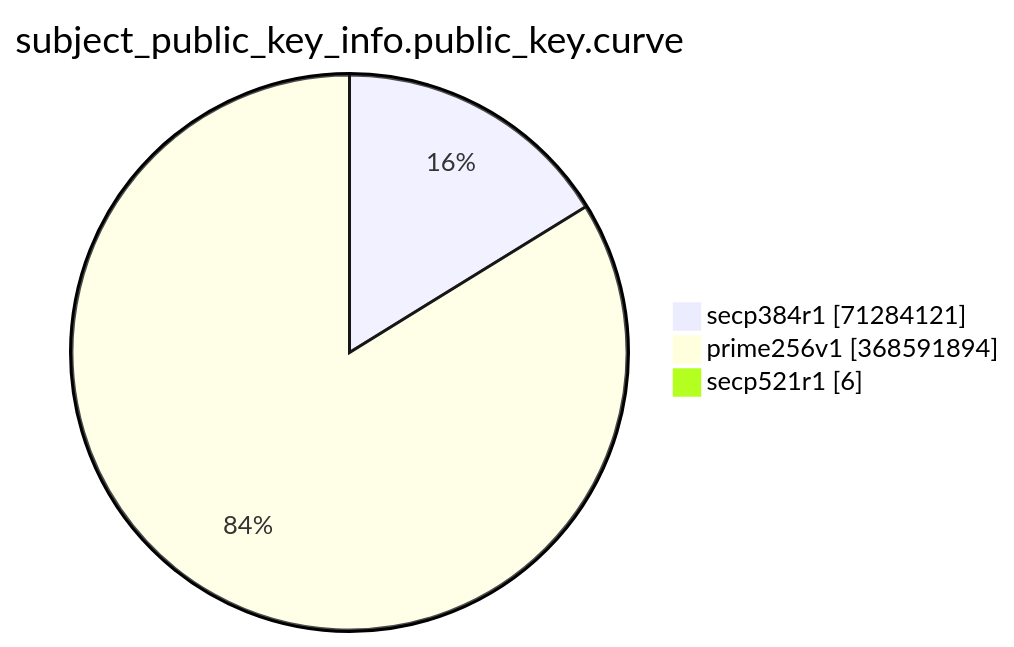
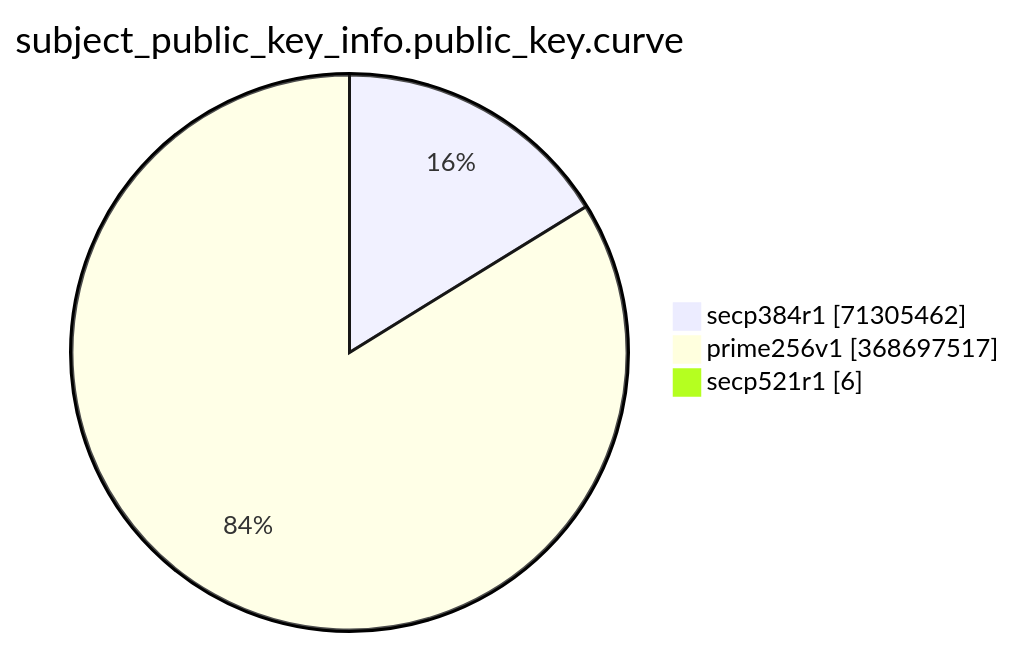
The eighth of 15 diagrams in TOTAL/README.md (christiankrug/ctmonitor_visualization), drawn with Mermaid before and after one commit. The commit also changed other lines of this file, not shown here.

````diff
--- a/TOTAL/README.md
+++ b/TOTAL/README.md
@@ -3092,7 +3092,7 @@
 ```mermaid
 pie showData
 title subject_public_key_info.public_key.curve
-"secp384r1" :71284121
-"prime256v1" :368591894
+"secp384r1" :71305462
+"prime256v1" :368697517
 "secp521r1" :6
 ```
````
